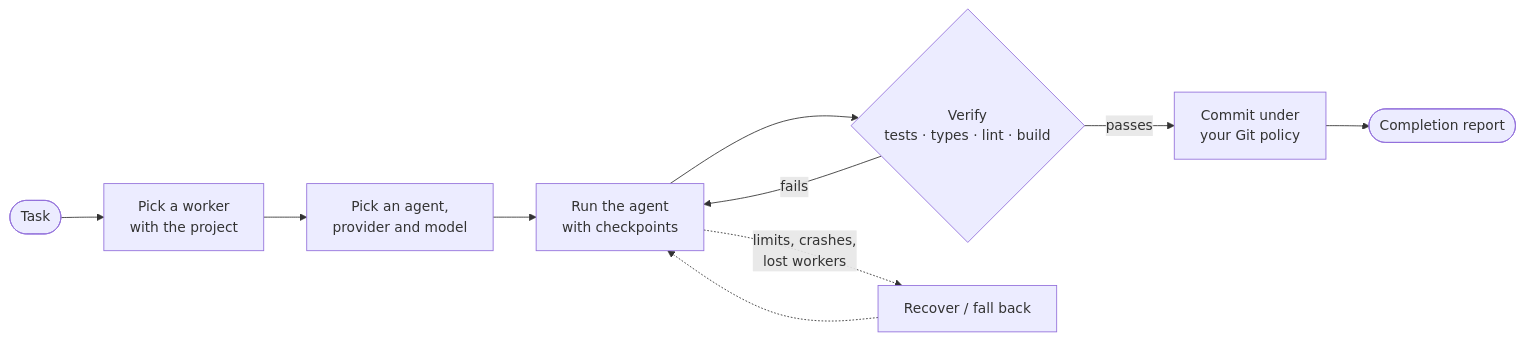
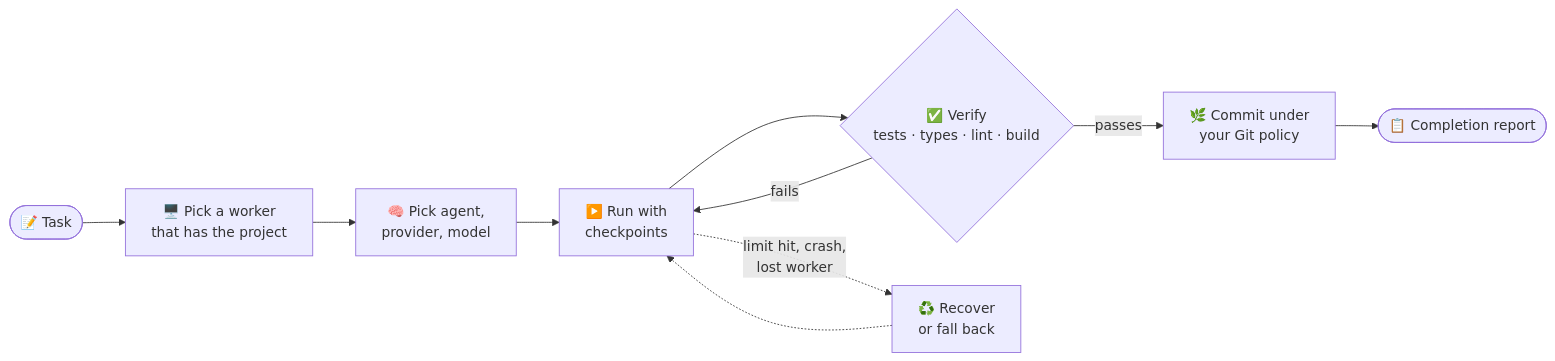
The diagram in README.md (ankulalwani/agent-orchestration), drawn with Mermaid before and after one commit. The commit also changed other lines of this file, not shown here.

````diff
--- a/README.md
+++ b/README.md
@@ -29,11 +46,11 @@
 ```mermaid
 flowchart LR
-    T([Task]) --> S[Pick a worker<br/>with the project]
-    S --> A[Pick an agent,<br/>provider and model]
-    A --> R[Run the agent<br/>with checkpoints]
-    R --> V{Verify<br/>tests · types · lint · build}
+    T([📝 Task]) --> S[🖥️ Pick a worker<br/>that has the project]
+    S --> A[🧠 Pick agent,<br/>provider, model]
+    A --> R[▶️ Run with<br/>checkpoints]
+    R --> V{✅ Verify<br/>tests · types · lint · build}
     V -- fails --> R
-    V -- passes --> C[Commit under<br/>your Git policy]
-    C --> D([Completion report])
-    R -. limits, crashes,<br/>lost workers .-> X[Recover / fall back] -.-> R
+    V -- passes --> C[🌿 Commit under<br/>your Git policy]
+    C --> D([📋 Completion report])
+    R -. limit hit, crash,<br/>lost worker .-> X[♻️ Recover<br/>or fall back] -.-> R
 ```
````
